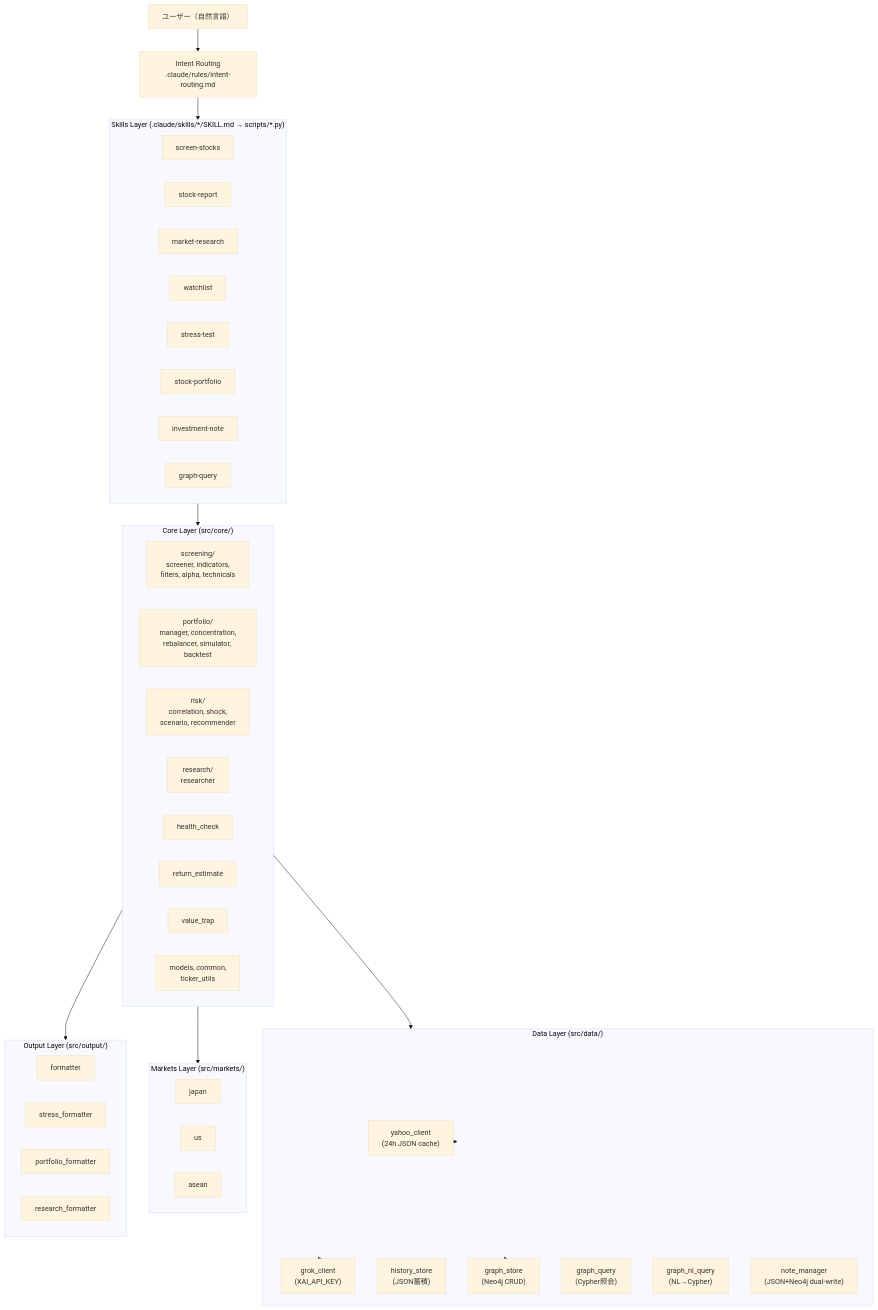
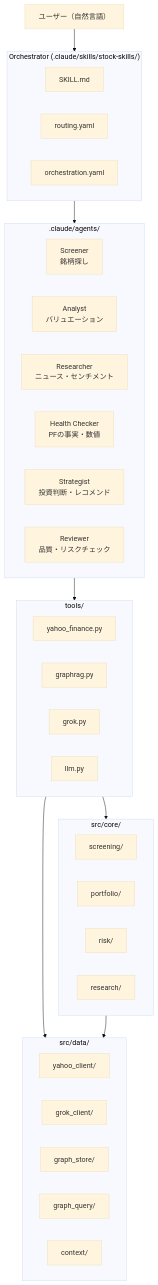
Before and after one commit to kiyotoab-bot/stock_skills_2: the diagram in docs/architecture.md, drawn with Mermaid (base theme). The commit also changed other lines of this file and 10 other files, not shown here.

First line of the commit message:
Update docs for Agentic architecture — delete obsolete, rewrite core docs (KIK-657)

````diff
--- a/docs/architecture.md
+++ b/docs/architecture.md
@@ -13,59 +14,48 @@
 ```mermaid
 graph TD
     User["ユーザー（自然言語）"]
-    IR["Intent Routing<br/>.claude/rules/intent-routing.md"]
 
-    subgraph Skills["Skills Layer (.claude/skills/*/SKILL.md → scripts/*.py)"]
-        SS["screen-stocks"]
-        SR["stock-report"]
-        MR["market-research"]
-        WL["watchlist"]
-        ST["stress-test"]
-        SP["stock-portfolio"]
-        IN["investment-note"]
-        GQ["graph-query"]
+    subgraph Orchestrator["Orchestrator (.claude/skills/stock-skills/)"]
+        SKILL["SKILL.md"]
+        ROUTE["routing.yaml"]
+        ORCH["orchestration.yaml"]
     end
 
-    subgraph Core["Core Layer (src/core/)"]
-        SC["screening/<br/>screener, indicators,<br/>filters, alpha, technicals"]
-        PF["portfolio/<br/>manager, concentration,<br/>rebalancer, simulator, backtest"]
-        RK["risk/<br/>correlation, shock,<br/>scenario, recommender"]
-        RS["research/<br/>researcher"]
-        HC["health_check"]
-        RE["return_estimate"]
-        VT["value_trap"]
-        MD["models, common,<br/>ticker_utils"]
+    subgraph Agents[".claude/agents/"]
+        SCR["Screener<br/>銘柄探し"]
+        ANA["Analyst<br/>バリュエーション"]
+        RES["Researcher<br/>ニュース・センチメント"]
+        HC["Health Checker<br/>PFの事実・数値"]
+        STR["Strategist<br/>投資判断・レコメンド"]
+        REV["Reviewer<br/>品質・リスクチェック"]
     end
 
-    subgraph Data["Data Layer (src/data/)"]
-        YC["yahoo_client<br/>(24h JSON cache)"]
-        GC["grok_client<br/>(XAI_API_KEY)"]
-        HS["history_store<br/>(JSON蓄積)"]
-        GS["graph_store<br/>(Neo4j CRUD)"]
-        GQM["graph_query<br/>(Cypher照会)"]
-        NL["graph_nl_query<br/>(NL→Cypher)"]
-        NM["note_manager<br/>(JSON+Neo4j dual-write)"]
+    subgraph Tools["tools/"]
+        YF["yahoo_finance.py"]
+        GR["graphrag.py"]
+        GK["grok.py"]
+        LLM["llm.py"]
     end
 
-    subgraph Markets["Markets Layer (src/markets/)"]
-        JP["japan"]
-        US["us"]
-        AS["asean"]
+    subgraph Core["src/core/"]
+        SC["screening/"]
+        PF["portfolio/"]
+        RK["risk/"]
+        RS["research/"]
     end
 
-    subgraph Output["Output Layer (src/output/)"]
-        FM["formatter"]
-        SF["stress_formatter"]
-        PFM["portfolio_formatter"]
-        RF["research_formatter"]
+    subgraph Data["src/data/"]
+        YC["yahoo_client/"]
+        GC["grok_client/"]
+        GS["graph_store/"]
+        GQ["graph_query/"]
+        CTX["context/"]
     end
 
-    User --> IR --> Skills
-    Skills --> Core
+    User --> Orchestrator
+    Orchestrator --> Agents
+    Agents --> Tools
+    Tools --> Core
+    Tools --> Data
     Core --> Data
-    Core --> Markets
-    Core --> Output
-    Data --> YC
-    Data --> GC
-    Data --> GS
 ```
````
